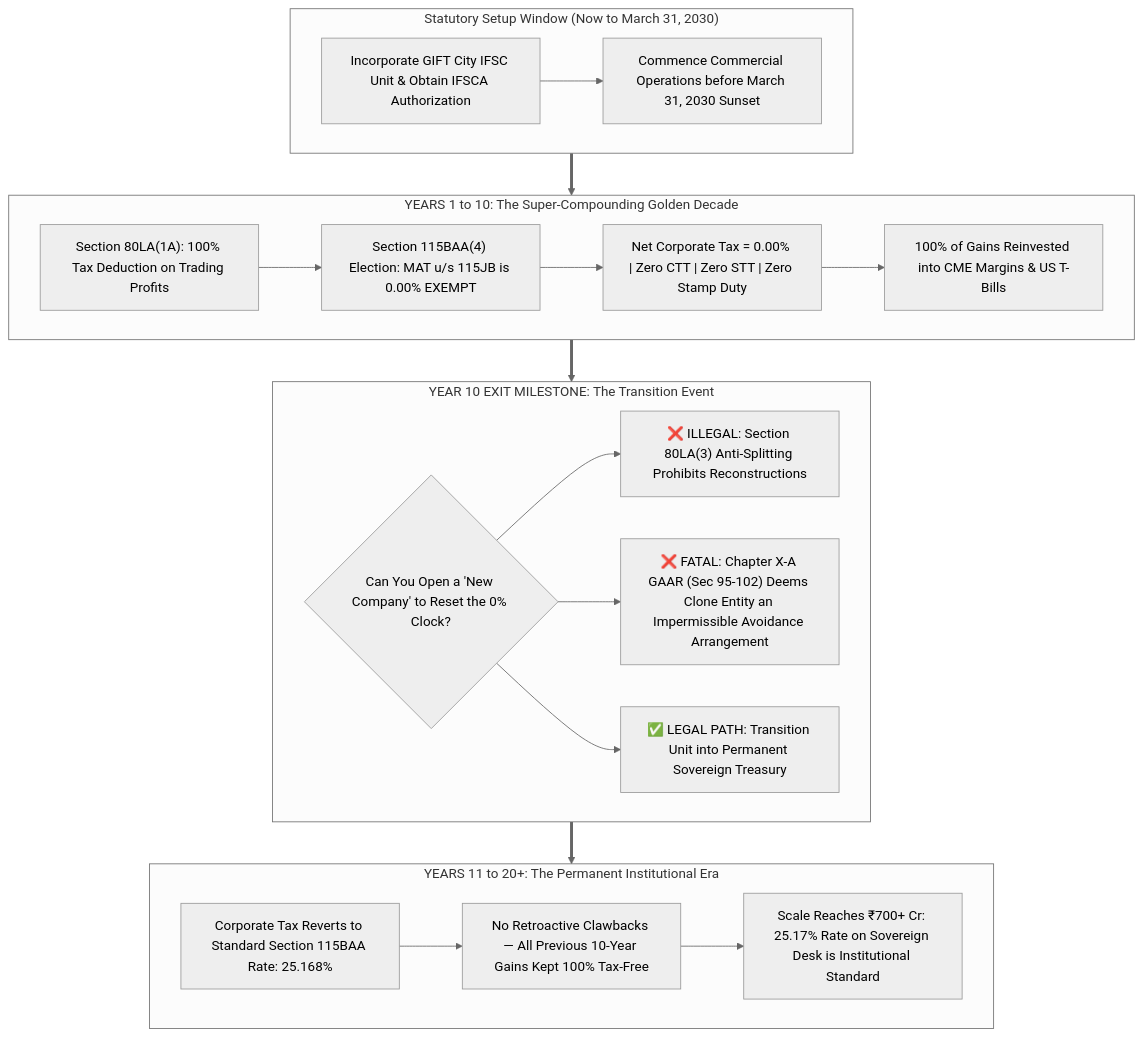
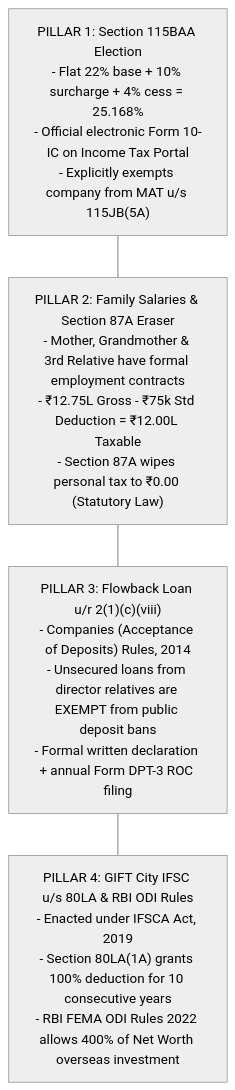
One commit to yieldchaser/mcx-margins changed the eighth of 11 diagrams in models/execution_and_tax_validation_plan.md. Above: the diagram before and after it, drawn with Mermaid (neutral theme). The commit also changed other lines of this file and 1 other file, not shown here.

Commit message:
docs: finalize end-to-end Master Institutional Blueprint with complete tax, MCX capacity, and GIFT City analytics

````diff
--- a/models/execution_and_tax_validation_plan.md
+++ b/models/execution_and_tax_validation_plan.md
@@ -210,35 +328,24 @@
 ```mermaid
 flowchart TD
-    subgraph SetupWindow["Statutory Setup Window (Now to March 31, 2030)"]
-        S1["Incorporate GIFT City IFSC Unit & Obtain IFSCA Authorization"]
-        S2["Commence Commercial Operations before March 31, 2030 Sunset"]
-        S1 --> S2
-    end
+    P1["PILLAR 1: Section 115BAA Election
+- Flat 22% base + 10% surcharge + 4% cess = 25.168%
+- Official electronic Form 10-IC on Income Tax Portal
+- Explicitly exempts company from MAT u/s 115JB(5A)"]
 
-    subgraph Decade1["YEARS 1 to 10: The Super-Compounding Golden Decade"]
-        D1["Section 80LA(1A): 100% Tax Deduction on Trading Profits"]
-        D2["Section 115BAA(4) Election: MAT u/s 115JB is 0.00% EXEMPT"]
-        D3["Net Corporate Tax = 0.00% | Zero CTT | Zero STT | Zero Stamp Duty"]
-        D4["100% of Gains Reinvested into CME Margins & US T-Bills"]
-        D1 --> D2 --> D3 --> D4
-    end
+    P2["PILLAR 2: Family Salaries & Section 87A Eraser
+- Mother, Grandmother & 3rd Relative have formal employment contracts
+- ₹12.75L Gross - ₹75k Std Deduction = ₹12.00L Taxable
+- Section 87A wipes personal tax to ₹0.00 (Statutory Law)"]
 
-    subgraph TheTransition["YEAR 10 EXIT MILESTONE: The Transition Event"]
-        T1{"Can You Open a 'New Company' to Reset the 0% Clock?"}
-        T2["❌ ILLEGAL: Section 80LA(3) Anti-Splitting Prohibits Reconstructions"]
-        T3["❌ FATAL: Chapter X-A GAAR (Sec 95-102) Deems Clone Entity an Impermissible Avoidance Arrangement"]
-        T4["✅ LEGAL PATH: Transition Unit into Permanent Sovereign Treasury"]
-        T1 --> T2
-        T1 --> T3
-        T1 --> T4
-    end
+    P3["PILLAR 3: Flowback Loan u/r 2(1)(c)(viii)
+- Companies (Acceptance of Deposits) Rules, 2014
+- Unsecured loans from director relatives are EXEMPT from public deposit bans
+- Formal written declaration + annual Form DPT-3 ROC filing"]
 
-    subgraph Decade2["YEARS 11 to 20+: The Permanent Institutional Era"]
-        P1["Corporate Tax Reverts to Standard Section 115BAA Rate: 25.168%"]
-        P2["No Retroactive Clawbacks — All Previous 10-Year Gains Kept 100% Tax-Free"]
-        P3["Scale Reaches ₹700+ Cr: 25.17% Rate on Sovereign Desk is Institutional Standard"]
-        P1 --> P2 --> P3
-    end
+    P4["PILLAR 4: GIFT City IFSC u/s 80LA & RBI ODI Rules
+- Enacted under IFSCA Act, 2019
+- Section 80LA(1A) grants 100% deduction for 10 consecutive years
+- RBI FEMA ODI Rules 2022 allows 400% of Net Worth overseas investment"]
 
-    SetupWindow ==> Decade1 ==> TheTransition ==> Decade2
+    P1 --- P2 --- P3 --- P4
 ```
````
